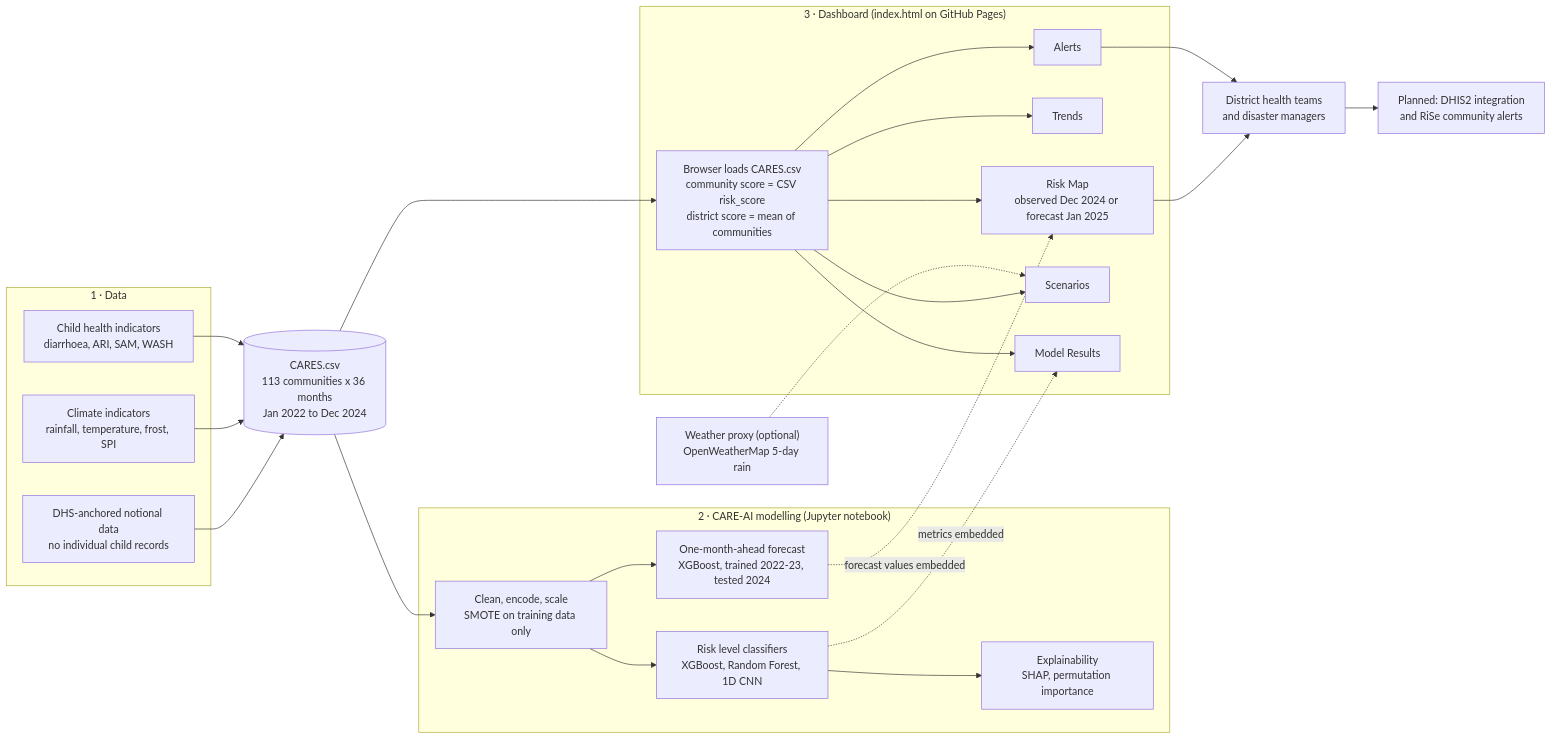
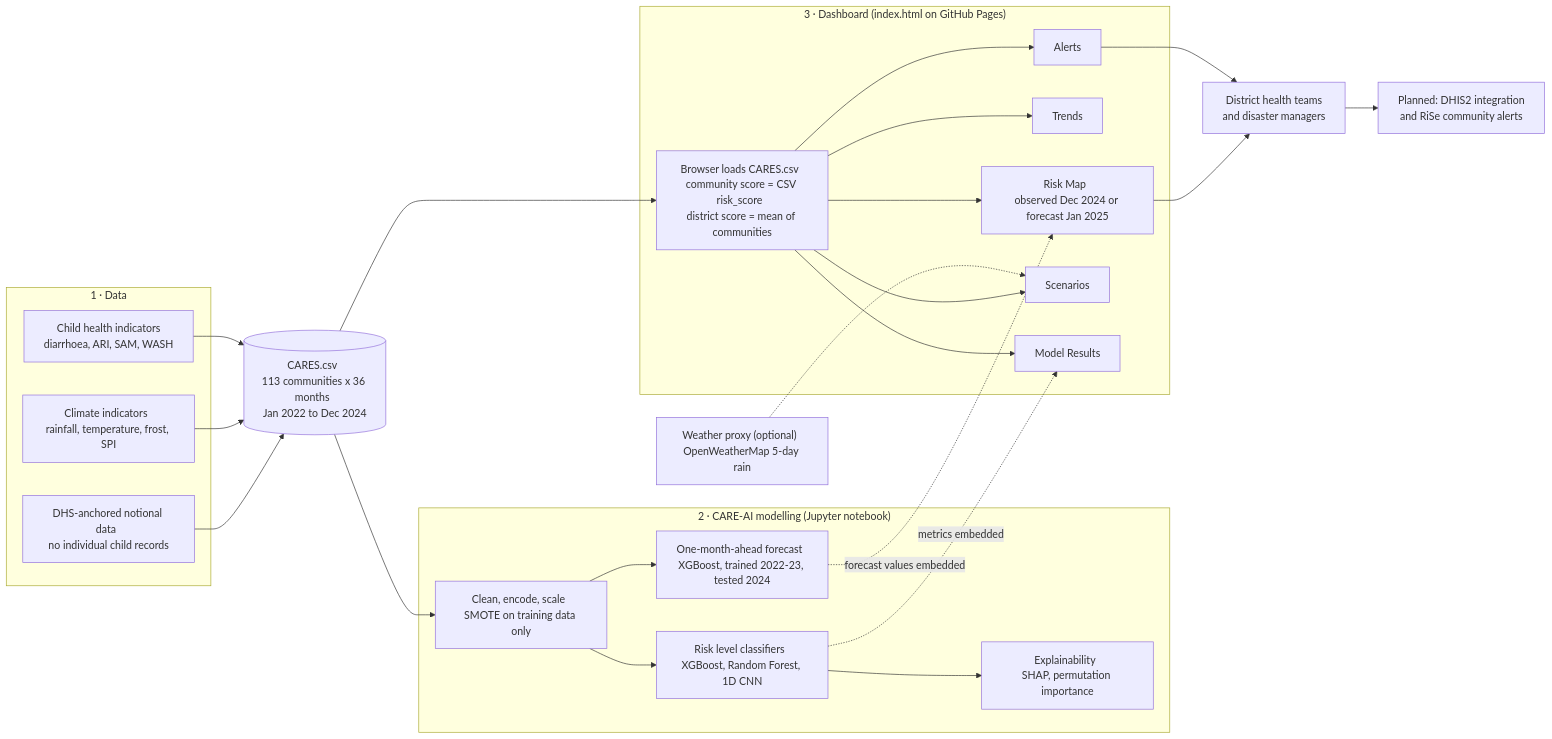
The diagram in README.md (davidmothae3/caresai-test), drawn with Mermaid before and after one commit. The commit also changed other lines of this file, not shown here.

````diff
--- a/README.md
+++ b/README.md
@@ -62,43 +81,58 @@
 ```mermaid
 flowchart LR
     subgraph SRC["1 · Data"]
-        A1["DHS-anchored notional data<br/>no individual child records"]
-        A2["Climate indicators<br/>rainfall, temperature, frost, SPI"]
-        A3["Child health indicators<br/>diarrhoea, ARI, SAM, WASH"]
+        A1["DHS-anchored notional data  
+no individual child records"]
+        A2["Climate indicators  
+rainfall, temperature, frost, SPI"]
+        A3["Child health indicators  
+diarrhoea, ARI, SAM, WASH"]
     end
 
     A1 --> B
     A2 --> B
     A3 --> B
-    B[("CARES.csv<br/>113 communities x 36 months<br/>Jan 2022 to Dec 2024")]
+    B[("CARES.csv  
+113 communities x 36 months  
+Jan 2022 to Dec 2024")]
 
     subgraph ML["2 · CARE-AI modelling (Jupyter notebook)"]
-        C1["Clean, encode, scale<br/>SMOTE on training data only"]
-        C2["Risk level classifiers<br/>XGBoost, Random Forest, 1D CNN"]
-        C3["One-month-ahead forecast<br/>XGBoost, trained 2022-23, tested 2024"]
-        C4["Explainability<br/>SHAP, permutation importance"]
+        C1["Clean, encode, scale  
+SMOTE on training data only"]
+        C2["Risk level classifiers  
+XGBoost, Random Forest, 1D CNN"]
+        C3["One-month-ahead forecast  
+XGBoost, trained 2022-23, tested 2024"]
+        C4["Explainability  
+SHAP, permutation importance"]
         C1 --> C2
         C1 --> C3
         C2 --> C4
     end
 
     B --> C1
     B --> D
 
     subgraph APP["3 · Dashboard (index.html on GitHub Pages)"]
-        D["Browser loads CARES.csv<br/>community score = CSV risk_score<br/>district score = mean of communities"]
-        D --> E1["Risk Map<br/>observed Dec 2024 or forecast Jan 2025"]
+        D["Browser loads CARES.csv  
+community score = CSV risk_score  
+district score = mean of communities"]
+        D --> E1["Risk Map  
+observed Dec 2024 or forecast Jan 2025"]
         D --> E2["Trends"]
         D --> E3["Alerts"]
         D --> E4["Scenarios"]
         D --> E5["Model Results"]
     end
 
     C3 -. "forecast values embedded" .-> E1
     C2 -. "metrics embedded" .-> E5
-    W["Weather proxy (optional)<br/>OpenWeatherMap 5-day rain"] -.-> E4
+    W["Weather proxy (optional)  
+OpenWeatherMap 5-day rain"] -.-> E4
 
-    E1 --> F["District health teams<br/>and disaster managers"]
+    E1 --> F["District health teams  
+and disaster managers"]
     E3 --> F
-    F --> G["Planned: DHIS2 integration<br/>and RiSe community alerts"]
+    F --> G["Planned: DHIS2 integration  
+and RiSe community alerts"]
 ```
````
